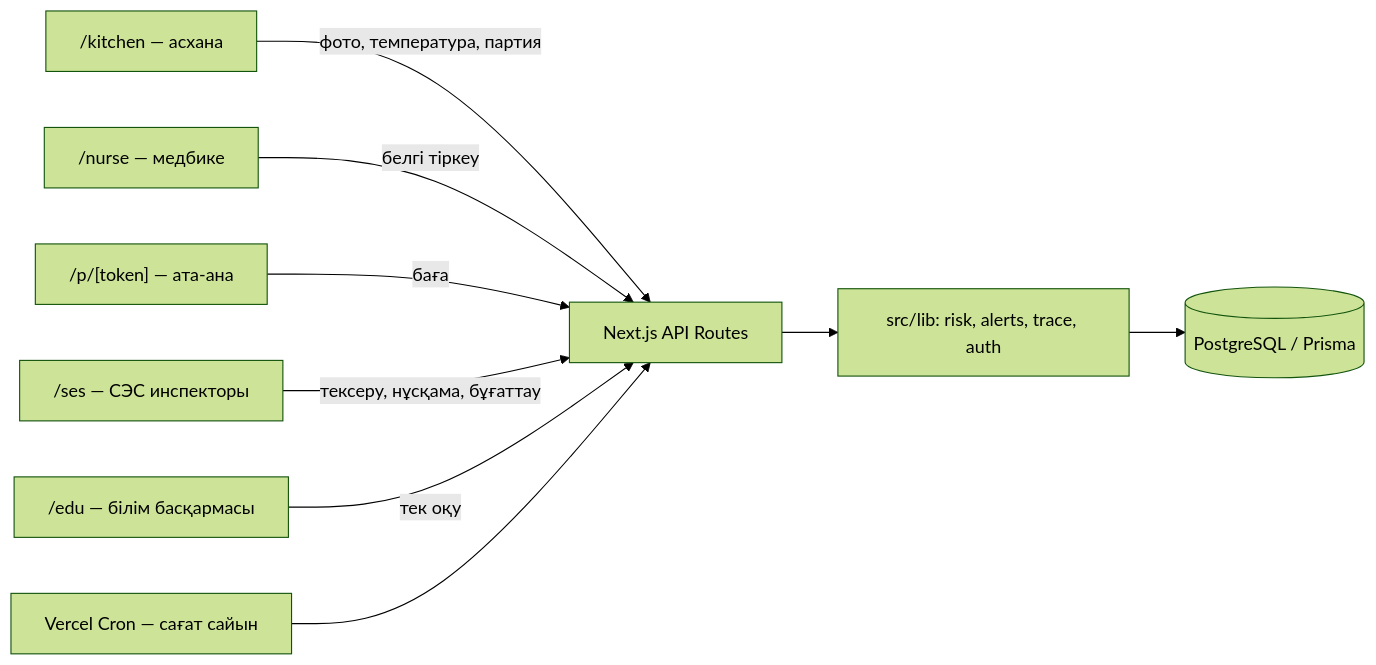
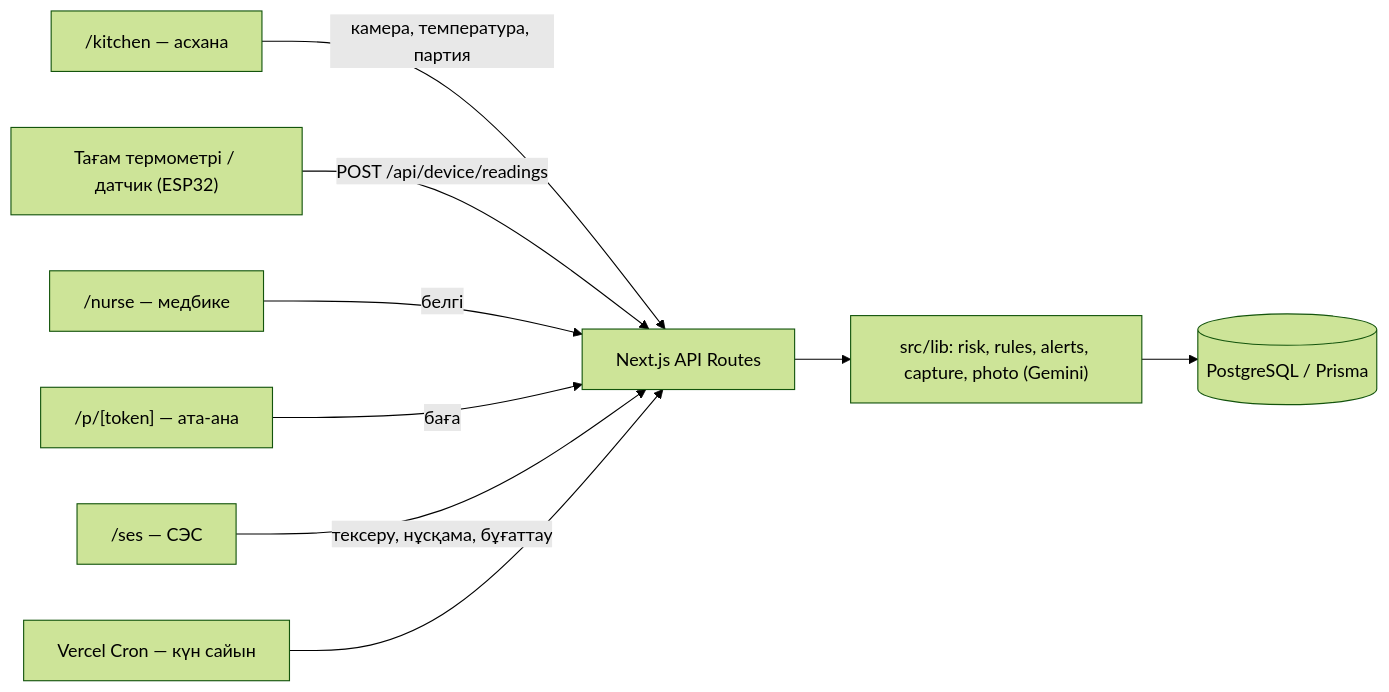
Before and after one commit to serzhikmerzhik-svg/adal-as: the diagram in README.md, drawn with Mermaid (forest theme). The commit also changed other lines of this file, not shown here.

````diff
--- a/README.md
+++ b/README.md
@@ -59,11 +89,11 @@
 ```mermaid
 flowchart LR
-    Kitchen["/kitchen — асхана"] -->|фото, температура, партия| API
-    Nurse["/nurse — медбике"] -->|белгі тіркеу| API
+    Kitchen["/kitchen — асхана"] -->|камера, температура, партия| API
+    Device["Тағам термометрі / датчик (ESP32)"] -->|POST /api/device/readings| API
+    Nurse["/nurse — медбике"] -->|белгі| API
     Parent["/p/[token] — ата-ана"] -->|баға| API
-    SES["/ses — СЭС инспекторы"] -->|тексеру, нұсқама, бұғаттау| API
-    Edu["/edu — білім басқармасы"] -->|тек оқу| API
-    API["Next.js API Routes"] --> Lib["src/lib: risk, alerts, trace, auth"]
+    SES["/ses — СЭС"] -->|тексеру, нұсқама, бұғаттау| API
+    API["Next.js API Routes"] --> Lib["src/lib: risk, rules, alerts, capture, photo (Gemini)"]
     Lib --> DB[(PostgreSQL / Prisma)]
-    Cron["Vercel Cron — сағат сайын"] --> API
+    Cron["Vercel Cron — күн сайын"] --> API
 ```
````
